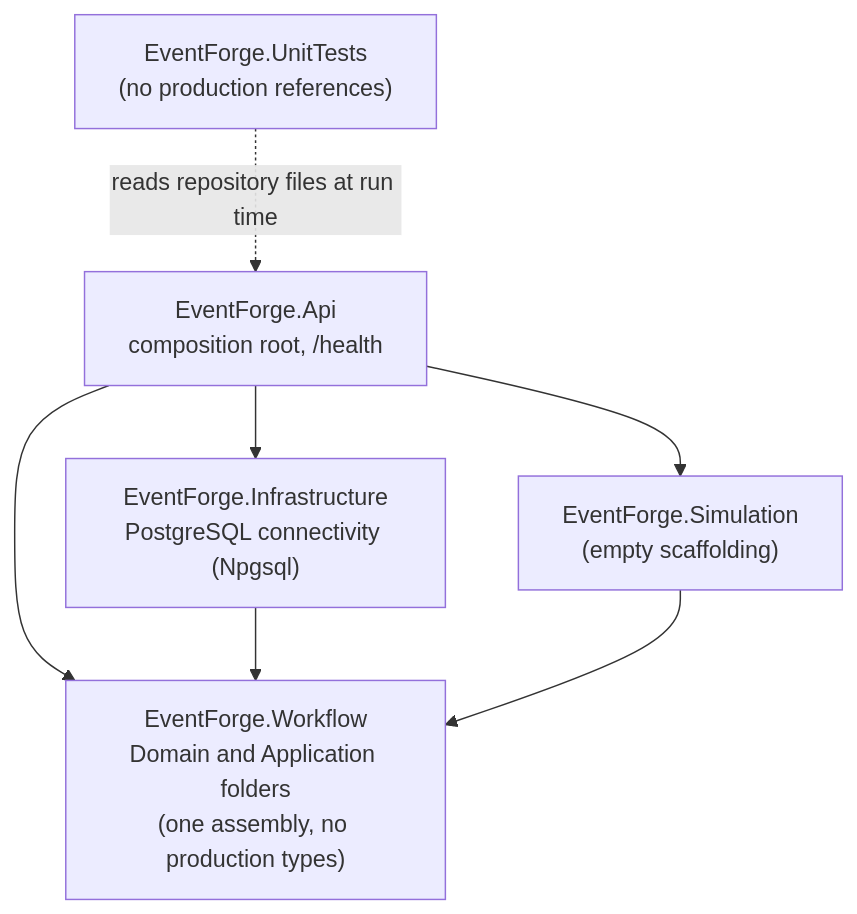
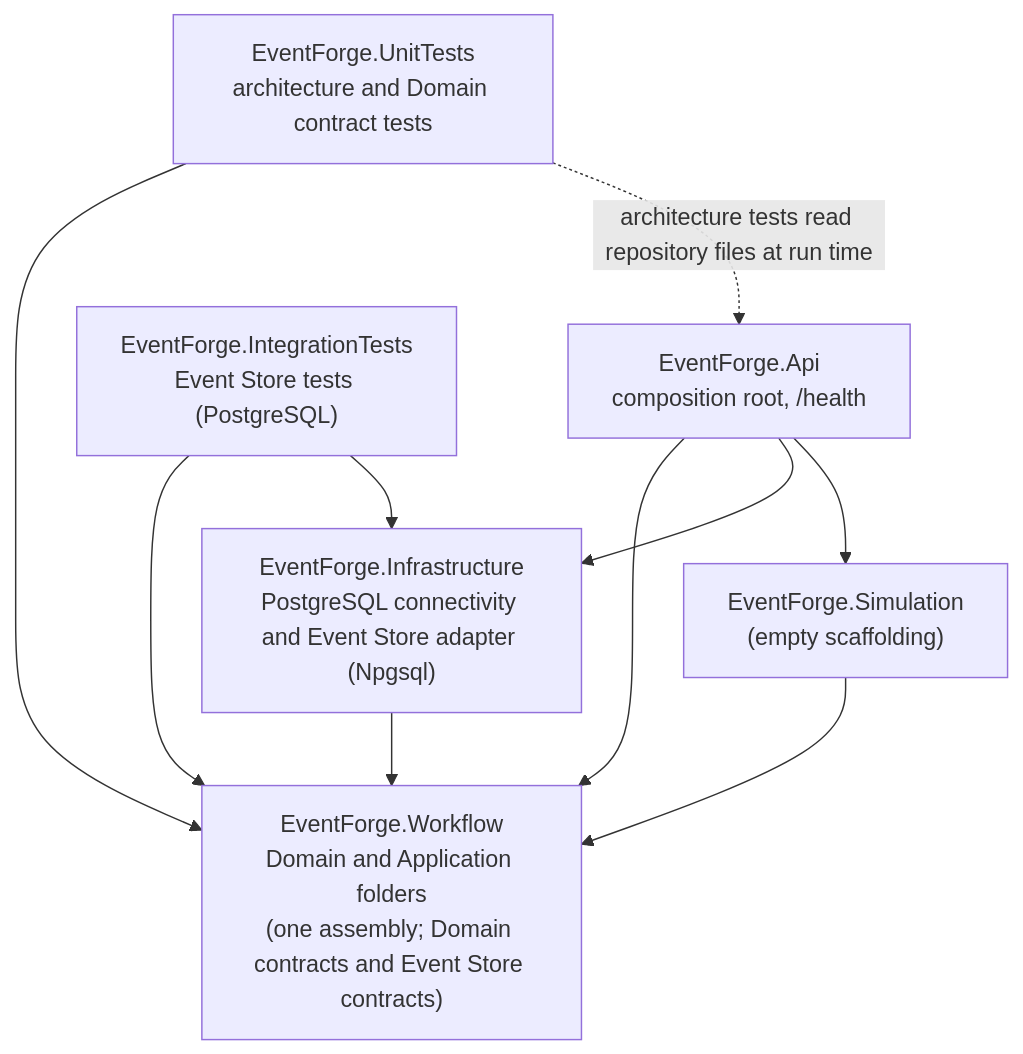
Before and after one commit to FarazLoloei/eventforge-event-sourcing-demo: the first of 4 diagrams in README.md, drawn with Mermaid. The commit also changed other lines of this file and 9 other files, not shown here.

Commit message:
feat(workflow): define task domain contracts [EVF-28]

````diff
--- a/README.md
+++ b/README.md
@@ -82,15 +84,19 @@
 ```mermaid
 flowchart TB
     Api["EventForge.Api<br/>composition root, /health"]
-    Infra["EventForge.Infrastructure<br/>PostgreSQL connectivity (Npgsql)"]
+    Infra["EventForge.Infrastructure<br/>PostgreSQL connectivity and Event Store adapter (Npgsql)"]
     Sim["EventForge.Simulation<br/>(empty scaffolding)"]
-    Workflow["EventForge.Workflow<br/>Domain and Application folders<br/>(one assembly, no production types)"]
-    Tests["EventForge.UnitTests<br/>(no production references)"]
+    Workflow["EventForge.Workflow<br/>Domain and Application folders<br/>(one assembly; Domain contracts and Event Store contracts)"]
+    UnitTests["EventForge.UnitTests<br/>architecture and Domain contract tests"]
+    IntegrationTests["EventForge.IntegrationTests<br/>Event Store tests (PostgreSQL)"]
 
     Api --> Workflow
     Api --> Infra
     Api --> Sim
     Infra --> Workflow
     Sim --> Workflow
-    Tests -. "reads repository files at run time" .-> Api
+    UnitTests --> Workflow
+    IntegrationTests --> Workflow
+    IntegrationTests --> Infra
+    UnitTests -. "architecture tests read repository files at run time" .-> Api
 ```
````
